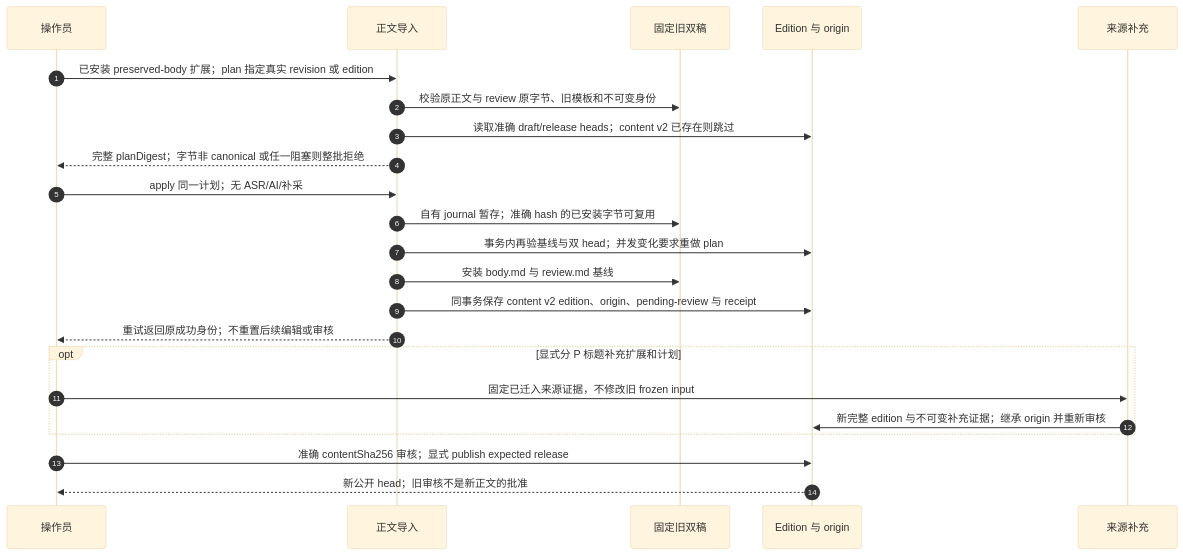
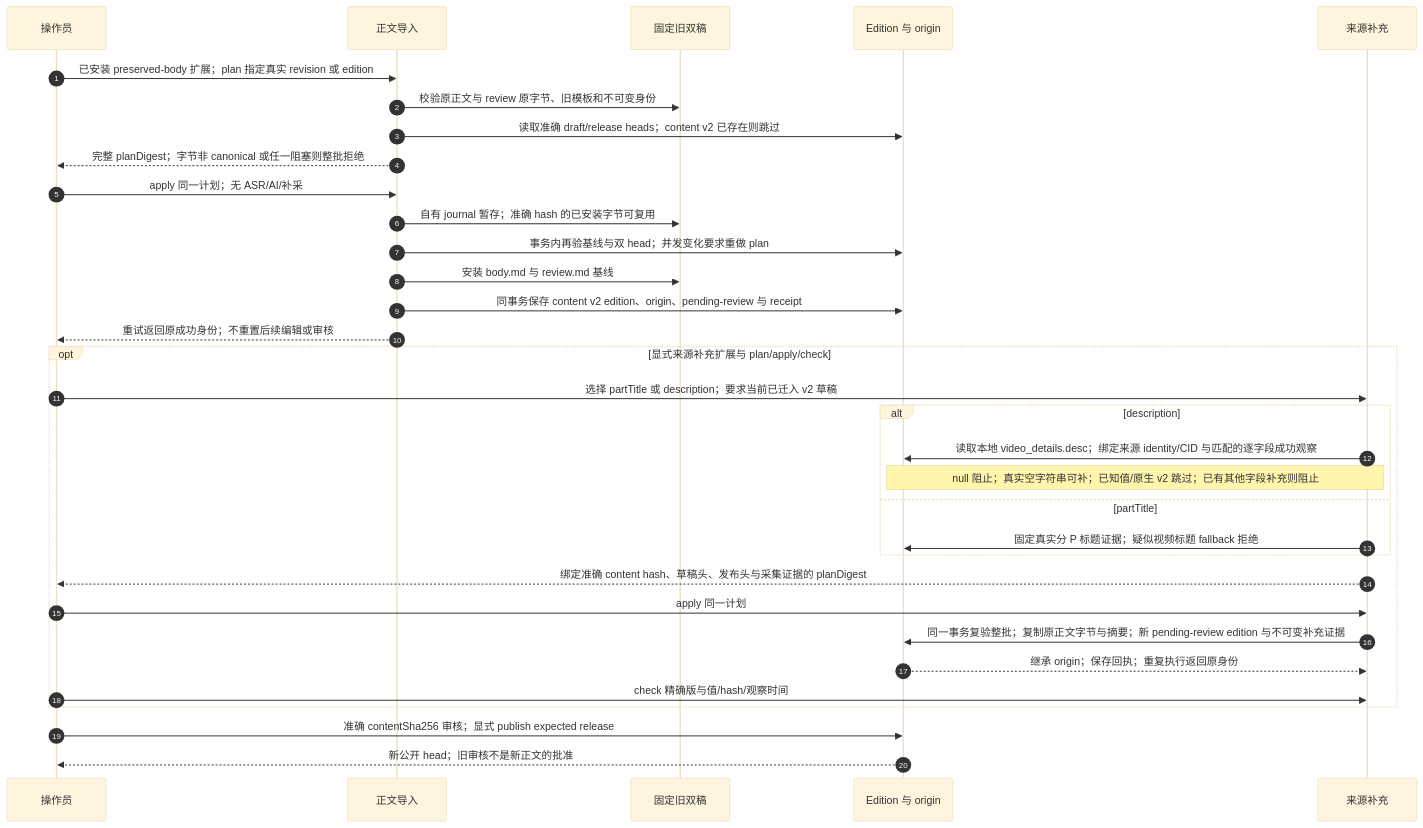
Before and after one commit to SuperCatQR/bilibili-asr-archive: the diagram in docs/sequences/28-preserved-body.md, drawn with Mermaid (base theme). The commit also changed other lines of this file and 105 other files, not shown here.

First line of the commit message:
docs: refresh architecture diagrams for source metadata migration

````diff
--- a/docs/sequences/28-preserved-body.md
+++ b/docs/sequences/28-preserved-body.md
@@ -7,25 +7,35 @@
 ```mermaid
 sequenceDiagram
     autonumber
     participant op as 操作员
     participant importer as 正文导入
     participant files as 固定旧双稿
     participant db as Edition 与 origin
     participant supplement as 来源补充
-op->>importer: 已安装 preserved-body 扩展；plan 指定真实 revision 或 edition
+    op->>importer: 已安装 preserved-body 扩展；plan 指定真实 revision 或 edition
     importer->>files: 校验原正文与 review 原字节、旧模板和不可变身份
     importer->>db: 读取准确 draft/release heads；content v2 已存在则跳过
     importer-->>op: 完整 planDigest；字节非 canonical 或任一阻塞则整批拒绝
     op->>importer: apply 同一计划；无 ASR/AI/补采
     importer->>files: 自有 journal 暂存；准确 hash 的已安装字节可复用
     importer->>db: 事务内再验基线与双 head；并发变化要求重做 plan
     importer->>files: 安装 body.md 与 review.md 基线
     importer->>db: 同事务保存 content v2 edition、origin、pending-review 与 receipt
     importer-->>op: 重试返回原成功身份；不重置后续编辑或审核
-    opt 显式分 P 标题补充扩展和计划
-        op->>supplement: 固定已迁入来源证据，不修改旧 frozen input
-        supplement->>db: 新完整 edition 与不可变补充证据；继承 origin 并重新审核
+    opt 显式来源补充扩展与 plan/apply/check
+        op->>supplement: 选择 partTitle 或 description；要求当前已迁入 v2 草稿
+        alt description
+        supplement->>db: 读取本地 video_details.desc；绑定来源 identity/CID 与匹配的逐字段成功观察
+        Note over supplement,db: null 阻止；真实空字符串可补；已知值/原生 v2 跳过；已有其他字段补充则阻止
+        else partTitle
+        supplement->>db: 固定真实分 P 标题证据；疑似视频标题 fallback 拒绝
+        end
+        supplement-->>op: 绑定准确 content hash、草稿头、发布头与采集证据的 planDigest
+        op->>supplement: apply 同一计划
+        supplement->>db: 同一事务复验整批；复制原正文字节与摘要；新 pending-review edition 与不可变补充证据
+        db-->>supplement: 继承 origin；保存回执；重复执行返回原身份
+        op->>supplement: check 精确版与值/hash/观察时间
     end
     op->>db: 准确 contentSha256 审核；显式 publish expected release
     db-->>op: 新公开 head；旧审核不是新正文的批准
 ```
````
